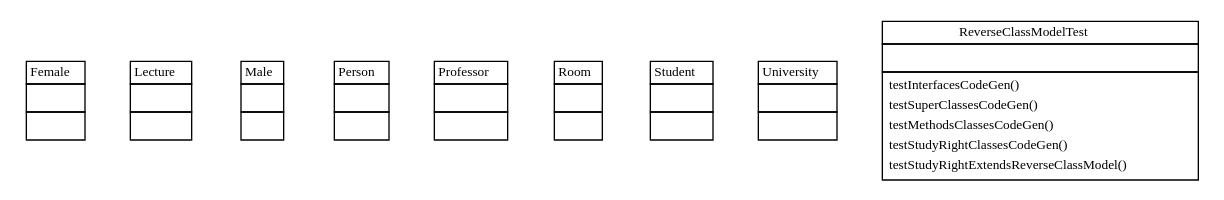
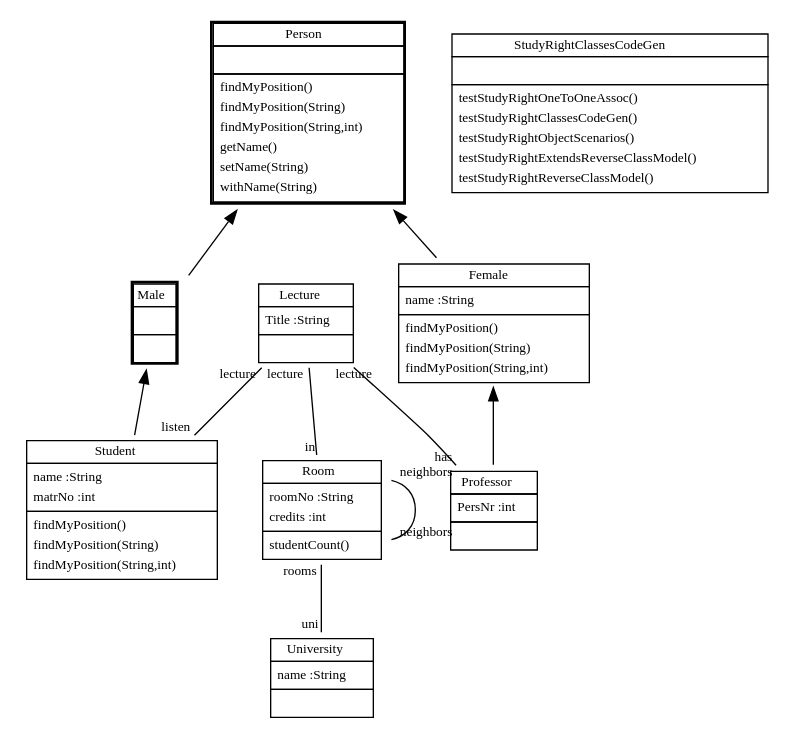
Before and after one commit to fujaba/SDMLib: the diagram in doc/StudyRightExtendsReverseClassModel.dot, drawn with Graphviz. The commit also changed 69 other files, not shown here.

```diff
--- a/doc/StudyRightExtendsReverseClassModel.dot
+++ b/doc/StudyRightExtendsReverseClassModel.dot
@@ -1,19 +1,28 @@
 
  digraph ClassDiagram {
     node [shape = none, fontsize = 10]; 
     edge [fontsize = 10];
     
     
-    Female [label=<<table border='0' cellborder='1' cellspacing='0'> <tr> <td>Female</td> </tr> <tr><td><table border='0' cellborder='0' cellspacing='0'> <tr><td> </td></tr> </table></td></tr> <tr><td><table border='0' cellborder='0' cellspacing='0'> <tr><td> </td></tr> </table></td></tr> </table>>];
-    Lecture [label=<<table border='0' cellborder='1' cellspacing='0'> <tr> <td>Lecture</td> </tr> <tr><td><table border='0' cellborder='0' cellspacing='0'> <tr><td> </td></tr> </table></td></tr> <tr><td><table border='0' cellborder='0' cellspacing='0'> <tr><td> </td></tr> </table></td></tr> </table>>];
-    Male [label=<<table border='0' cellborder='1' cellspacing='0'> <tr> <td>Male</td> </tr> <tr><td><table border='0' cellborder='0' cellspacing='0'> <tr><td> </td></tr> </table></td></tr> <tr><td><table border='0' cellborder='0' cellspacing='0'> <tr><td> </td></tr> </table></td></tr> </table>>];
-    Person [label=<<table border='0' cellborder='1' cellspacing='0'> <tr> <td>Person</td> </tr> <tr><td><table border='0' cellborder='0' cellspacing='0'> <tr><td> </td></tr> </table></td></tr> <tr><td><table border='0' cellborder='0' cellspacing='0'> <tr><td> </td></tr> </table></td></tr> </table>>];
-    Professor [label=<<table border='0' cellborder='1' cellspacing='0'> <tr> <td>Professor</td> </tr> <tr><td><table border='0' cellborder='0' cellspacing='0'> <tr><td> </td></tr> </table></td></tr> <tr><td><table border='0' cellborder='0' cellspacing='0'> <tr><td> </td></tr> </table></td></tr> </table>>];
-    Room [label=<<table border='0' cellborder='1' cellspacing='0'> <tr> <td>Room</td> </tr> <tr><td><table border='0' cellborder='0' cellspacing='0'> <tr><td> </td></tr> </table></td></tr> <tr><td><table border='0' cellborder='0' cellspacing='0'> <tr><td> </td></tr> </table></td></tr> </table>>];
-    Student [label=<<table border='0' cellborder='1' cellspacing='0'> <tr> <td>Student</td> </tr> <tr><td><table border='0' cellborder='0' cellspacing='0'> <tr><td> </td></tr> </table></td></tr> <tr><td><table border='0' cellborder='0' cellspacing='0'> <tr><td> </td></tr> </table></td></tr> </table>>];
-    University [label=<<table border='0' cellborder='1' cellspacing='0'> <tr> <td>University</td> </tr> <tr><td><table border='0' cellborder='0' cellspacing='0'> <tr><td> </td></tr> </table></td></tr> <tr><td><table border='0' cellborder='0' cellspacing='0'> <tr><td> </td></tr> </table></td></tr> </table>>];
-    ReverseClassModelTest [label=<<table border='0' cellborder='1' cellspacing='0'> <tr> <td>ReverseClassModelTest</td> </tr> <tr><td><table border='0' cellborder='0' cellspacing='0'> <tr><td> </td></tr> </table></td></tr> <tr><td><table border='0' cellborder='0' cellspacing='0'> <tr><td align='left'>testInterfacesCodeGen()</td></tr> <tr><td align='left'>testSuperClassesCodeGen()</td></tr> <tr><td align='left'>testMethodsClassesCodeGen()</td></tr> <tr><td align='left'>testStudyRightClassesCodeGen()</td></tr> <tr><td align='left'>testStudyRightExtendsReverseClassModel()</td></tr>  </table></td></tr> </table>>];
+    Lecture [label=<<table border='0' cellborder='1' cellspacing='0'> <tr> <td>Lecture</td> </tr> <tr><td><table border='0' cellborder='0' cellspacing='0'> <tr><td align='left'>Title :String</td></tr>  </table></td></tr> <tr><td><table border='0' cellborder='0' cellspacing='0'> <tr><td> </td></tr> </table></td></tr> </table>>];
+    Person [label=<<table border='2' cellborder='1' cellspacing='0'> <tr> <td>Person</td> </tr> <tr><td><table border='0' cellborder='0' cellspacing='0'> <tr><td> </td></tr> </table></td></tr> <tr><td><table border='0' cellborder='0' cellspacing='0'> <tr><td align='left'>findMyPosition()</td></tr> <tr><td align='left'>findMyPosition(String)</td></tr> <tr><td align='left'>findMyPosition(String,int)</td></tr> <tr><td align='left'>getName()</td></tr> <tr><td align='left'>setName(String)</td></tr> <tr><td align='left'>withName(String)</td></tr>  </table></td></tr> </table>>];
+    Room [label=<<table border='0' cellborder='1' cellspacing='0'> <tr> <td>Room</td> </tr> <tr><td><table border='0' cellborder='0' cellspacing='0'> <tr><td align='left'>roomNo :String</td></tr> <tr><td align='left'>credits :int</td></tr>  </table></td></tr> <tr><td><table border='0' cellborder='0' cellspacing='0'> <tr><td align='left'>studentCount()</td></tr>  </table></td></tr> </table>>];
+    University [label=<<table border='0' cellborder='1' cellspacing='0'> <tr> <td>University</td> </tr> <tr><td><table border='0' cellborder='0' cellspacing='0'> <tr><td align='left'>name :String</td></tr>  </table></td></tr> <tr><td><table border='0' cellborder='0' cellspacing='0'> <tr><td> </td></tr> </table></td></tr> </table>>];
+    StudyRightClassesCodeGen [label=<<table border='0' cellborder='1' cellspacing='0'> <tr> <td>StudyRightClassesCodeGen</td> </tr> <tr><td><table border='0' cellborder='0' cellspacing='0'> <tr><td> </td></tr> </table></td></tr> <tr><td><table border='0' cellborder='0' cellspacing='0'> <tr><td align='left'>testStudyRightOneToOneAssoc()</td></tr> <tr><td align='left'>testStudyRightClassesCodeGen()</td></tr> <tr><td align='left'>testStudyRightObjectScenarios()</td></tr> <tr><td align='left'>testStudyRightExtendsReverseClassModel()</td></tr> <tr><td align='left'>testStudyRightReverseClassModel()</td></tr>  </table></td></tr> </table>>];
+    Female [label=<<table border='0' cellborder='1' cellspacing='0'> <tr> <td>Female</td> </tr> <tr><td><table border='0' cellborder='0' cellspacing='0'> <tr><td align='left'>name :String</td></tr>  </table></td></tr> <tr><td><table border='0' cellborder='0' cellspacing='0'> <tr><td align='left'>findMyPosition()</td></tr> <tr><td align='left'>findMyPosition(String)</td></tr> <tr><td align='left'>findMyPosition(String,int)</td></tr>  </table></td></tr> </table>>];
+    Male [label=<<table border='2' cellborder='1' cellspacing='0'> <tr> <td>Male</td> </tr> <tr><td><table border='0' cellborder='0' cellspacing='0'> <tr><td> </td></tr> </table></td></tr> <tr><td><table border='0' cellborder='0' cellspacing='0'> <tr><td> </td></tr> </table></td></tr> </table>>];
+    Professor [label=<<table border='0' cellborder='1' cellspacing='0'> <tr> <td>Professor</td> </tr> <tr><td><table border='0' cellborder='0' cellspacing='0'> <tr><td align='left'>PersNr :int</td></tr>  </table></td></tr> <tr><td><table border='0' cellborder='0' cellspacing='0'> <tr><td> </td></tr> </table></td></tr> </table>>];
+    Student [label=<<table border='0' cellborder='1' cellspacing='0'> <tr> <td>Student</td> </tr> <tr><td><table border='0' cellborder='0' cellspacing='0'> <tr><td align='left'>name :String</td></tr> <tr><td align='left'>matrNo :int</td></tr>  </table></td></tr> <tr><td><table border='0' cellborder='0' cellspacing='0'> <tr><td align='left'>findMyPosition()</td></tr> <tr><td align='left'>findMyPosition(String)</td></tr> <tr><td align='left'>findMyPosition(String,int)</td></tr>  </table></td></tr> </table>>];
     
     
     
+    Female ->  Professor [dir = "back" arrowhead = "empty"];
+    Person ->  Female [dir = "back" arrowhead = "empty"];
+    Person ->  Male [dir = "back" arrowhead = "empty"];
+    Male ->  Student [dir = "back" arrowhead = "empty"];
+    Room -> Room [headlabel = "neighbors" taillabel = "neighbors" arrowhead = "none" ];
+    Lecture -> Room [headlabel = "in" taillabel = "lecture" arrowhead = "none" ];
+    Room -> University [headlabel = "uni" taillabel = "rooms" arrowhead = "none" ];
+    Lecture -> Professor [headlabel = "has" taillabel = "lecture" arrowhead = "none" ];
+    Lecture -> Student [headlabel = "listen" taillabel = "lecture" arrowhead = "none" ];
 }
```
